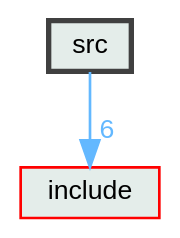
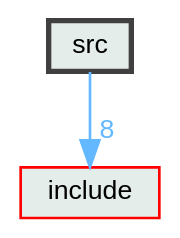
The diagram in docs/dir_68267d1309a1af8e8297ef4c3efbcdba_dep.dot (Juanki0396/ral), drawn with Graphviz before and after one commit. The commit also changed 58 other files, not shown here.

```diff
--- a/docs/dir_68267d1309a1af8e8297ef4c3efbcdba_dep.dot
+++ b/docs/dir_68267d1309a1af8e8297ef4c3efbcdba_dep.dot
@@ -1,11 +1,11 @@
 digraph "src"
 {
  // LATEX_PDF_SIZE
   bgcolor="transparent";
   edge [fontname=Helvetica,fontsize=10,labelfontname=Helvetica,labelfontsize=10];
   node [fontname=Helvetica,fontsize=10,shape=box,height=0.2,width=0.4];
   compound=true
   dir_68267d1309a1af8e8297ef4c3efbcdba [label="src", fillcolor="#e4edea", color="grey25", style="filled,bold", URL="dir_68267d1309a1af8e8297ef4c3efbcdba.html",tooltip=""];
   dir_d44c64559bbebec7f509842c48db8b23 [label="include", fillcolor="#e4edea", color="red", style="filled", URL="dir_d44c64559bbebec7f509842c48db8b23.html",tooltip=""];
-  dir_68267d1309a1af8e8297ef4c3efbcdba->dir_d44c64559bbebec7f509842c48db8b23 [headlabel="6", labeldistance=1.5 headhref="dir_000002_000000.html" href="dir_000002_000000.html" color="steelblue1" fontcolor="steelblue1"];
+  dir_68267d1309a1af8e8297ef4c3efbcdba->dir_d44c64559bbebec7f509842c48db8b23 [headlabel="8", labeldistance=1.5 headhref="dir_000002_000000.html" href="dir_000002_000000.html" color="steelblue1" fontcolor="steelblue1"];
 }
```
